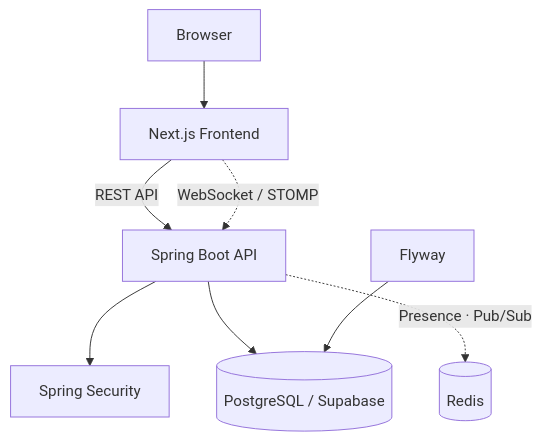
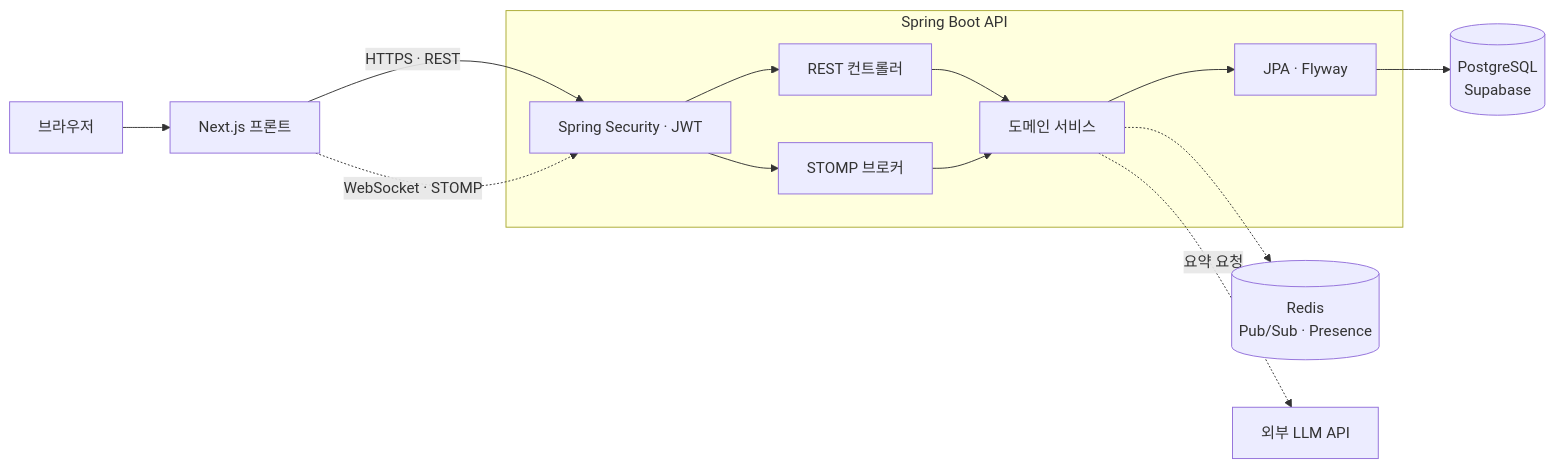
One commit to wjsgusdn12/naverworks_clone_api changed the first of 15 diagrams in README.md. Above: the diagram before and after it, drawn with Mermaid. The commit also changed other lines of this file, not shown here.

Commit message:
README를 설계 다이어그램 중심으로 전면 개편

````diff
--- a/README.md
+++ b/README.md
@@ -60,18 +27,24 @@
 ```mermaid
-flowchart TB
-    Browser[Browser]
-    Front[Next.js Frontend]
-    API[Spring Boot API]
-    Security[Spring Security]
-    DB[(PostgreSQL / Supabase)]
-    Flyway[Flyway]
-    Redis[(Redis)]
+flowchart LR
+    Browser["브라우저"]
+    Front["Next.js 프론트"]
+    subgraph API["Spring Boot API"]
+        Security["Spring Security · JWT"]
+        REST["REST 컨트롤러"]
+        STOMP["STOMP 브로커"]
+        Service["도메인 서비스"]
+        JPA["JPA · Flyway"]
+    end
+    DB[("PostgreSQL<br/>Supabase")]
+    Redis[("Redis<br/>Pub/Sub · Presence")]
+    LLM["외부 LLM API"]
 
     Browser --> Front
-    Front -->|REST API| API
-    Front -.->|WebSocket / STOMP| API
-    API --> Security
-    API --> DB
-    Flyway --> DB
-    API -.->|Presence · Pub/Sub| Redis
+    Front -->|"HTTPS · REST"| Security
+    Front -.->|"WebSocket · STOMP"| Security
+    Security --> REST --> Service
+    Security --> STOMP --> Service
+    Service --> JPA --> DB
+    Service -.-> Redis
+    Service -.->|"요약 요청"| LLM
 ```
````
